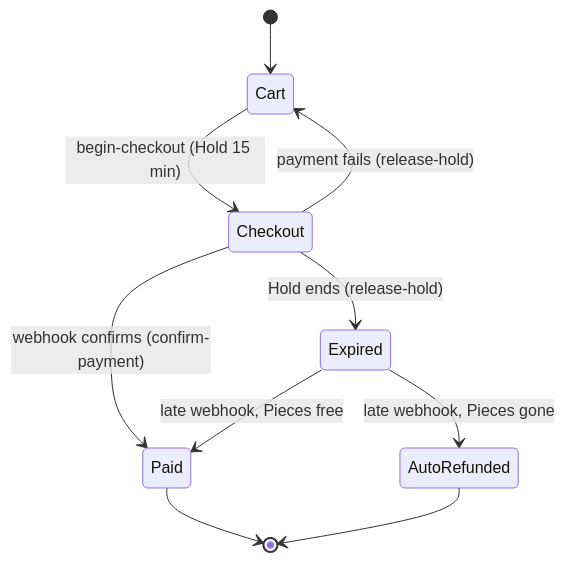
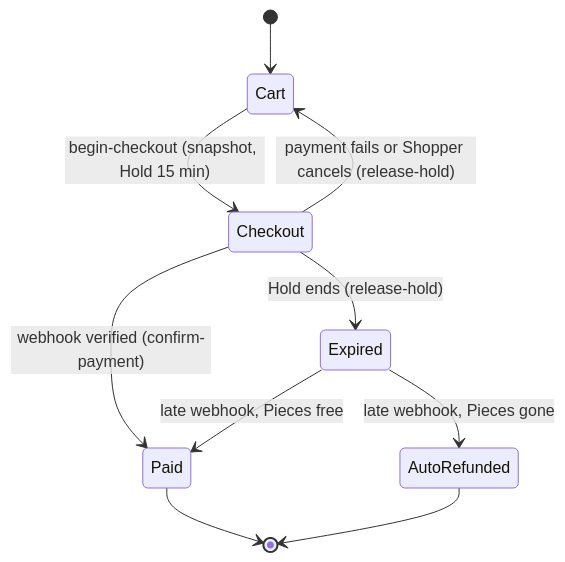
Before and after one commit to prasanthodin/Alar: the third of 5 diagrams in _bmad-output/planning-artifacts/architecture/architecture-saree-commerce-2026-11-27/ARCHITECTURE-SPINE.md, drawn with Mermaid. The commit also changed other lines of this file and 2 other files, not shown here.

First line of the commit message:
Rewrite architecture spine after reality-check and adversarial reviews

````diff
--- a/_bmad-output/planning-artifacts/architecture/architecture-saree-commerce-2026-11-27/ARCHITECTURE-SPINE.md
+++ b/_bmad-output/planning-artifacts/architecture/architecture-saree-commerce-2026-11-27/ARCHITECTURE-SPINE.md
@@ -264,12 +332,12 @@
 ```mermaid
 stateDiagram-v2
   [*] --> Cart
-  Cart --> Checkout: begin-checkout (Hold 15 min)
-  Checkout --> Paid: webhook confirms (confirm-payment)
-  Checkout --> Cart: payment fails (release-hold)
+  Cart --> Checkout: begin-checkout (snapshot, Hold 15 min)
+  Checkout --> Paid: webhook verified (confirm-payment)
+  Checkout --> Cart: payment fails or Shopper cancels (release-hold)
   Checkout --> Expired: Hold ends (release-hold)
   Expired --> Paid: late webhook, Pieces free
   Expired --> AutoRefunded: late webhook, Pieces gone
   Paid --> [*]
   AutoRefunded --> [*]
 ```
````
